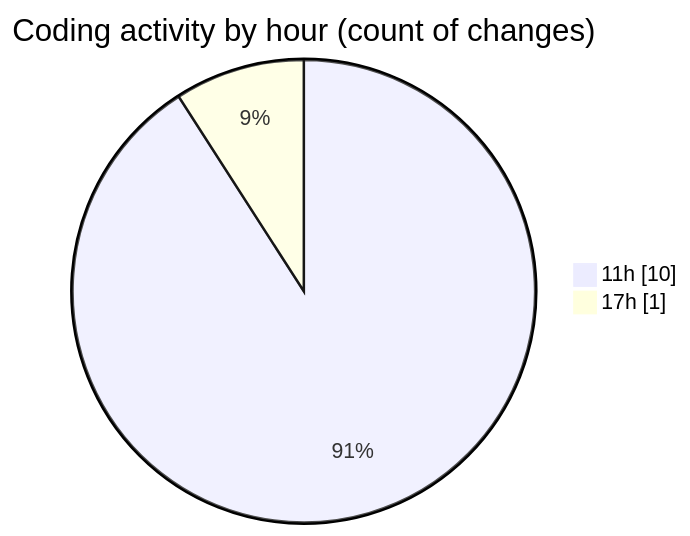
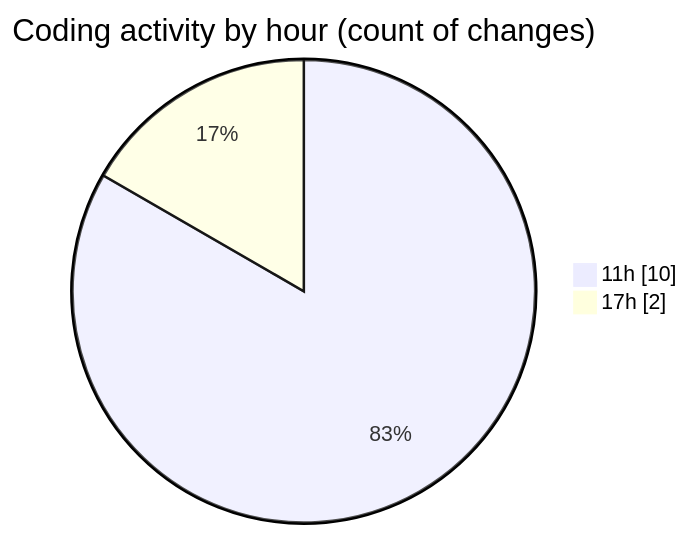
Before and after one commit to shibass792/code-tracking: the second of 2 diagrams in 2026-07-16/panel/README.md, drawn with Mermaid. The commit also changed other lines of this file and 1 other file, not shown here.

````diff
--- a/2026-07-16/panel/README.md
+++ b/2026-07-16/panel/README.md
@@ -28,6 +28,6 @@
 ```mermaid
 pie showData
 title Coding activity by hour (count of changes)
 "11h" : 10
-"17h" : 1
+"17h" : 2
 ```
````
